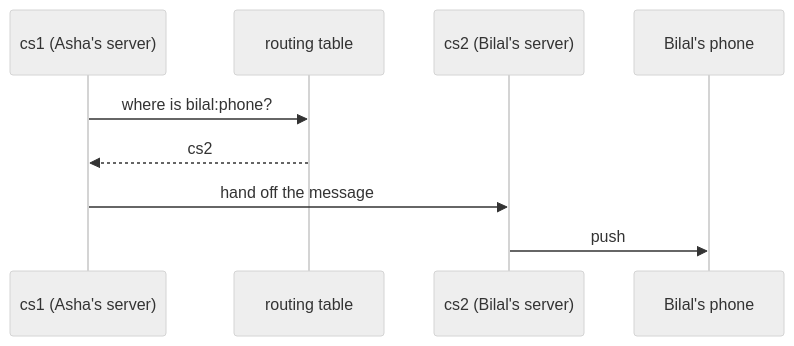
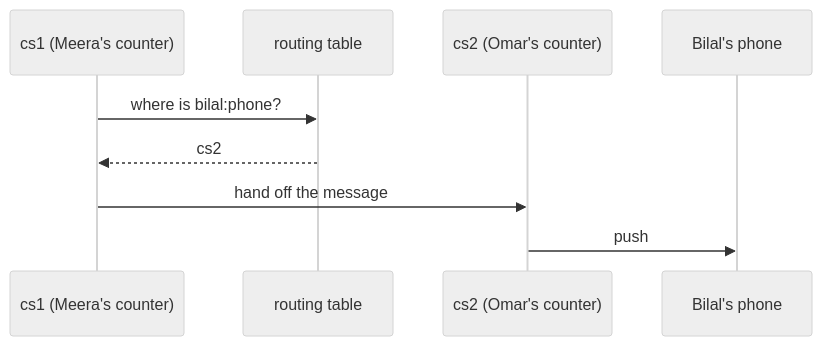
The third of 4 diagrams in 69-whatsapp-system-design/README.md (ravivarmachaluvadi/Learning), drawn with Mermaid (neutral theme) before and after one commit. The commit also changed other lines of this file and 1 other file, not shown here.

````diff
--- a/69-whatsapp-system-design/README.md
+++ b/69-whatsapp-system-design/README.md
@@ -459,11 +604,11 @@
 ```mermaid
 sequenceDiagram
-    participant CS1 as cs1 (Asha's server)
+    participant CS1 as cs1 (Meera's counter)
     participant REG as routing table
-    participant CS2 as cs2 (Bilal's server)
+    participant CS2 as cs2 (Omar's counter)
     participant B as Bilal's phone
     CS1->>REG: where is bilal:phone?
     REG-->>CS1: cs2
     CS1->>CS2: hand off the message
     CS2->>B: push
 ```
````
